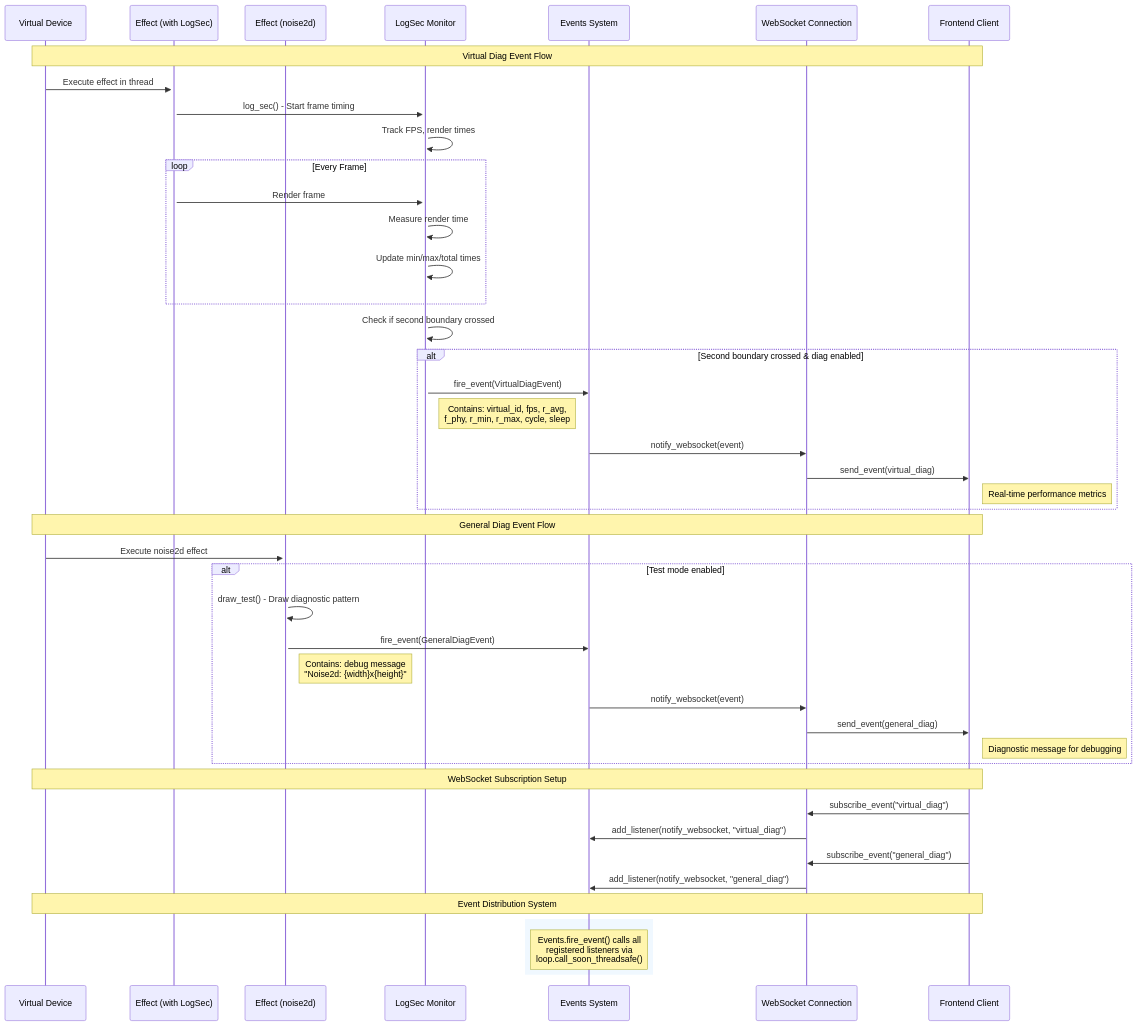
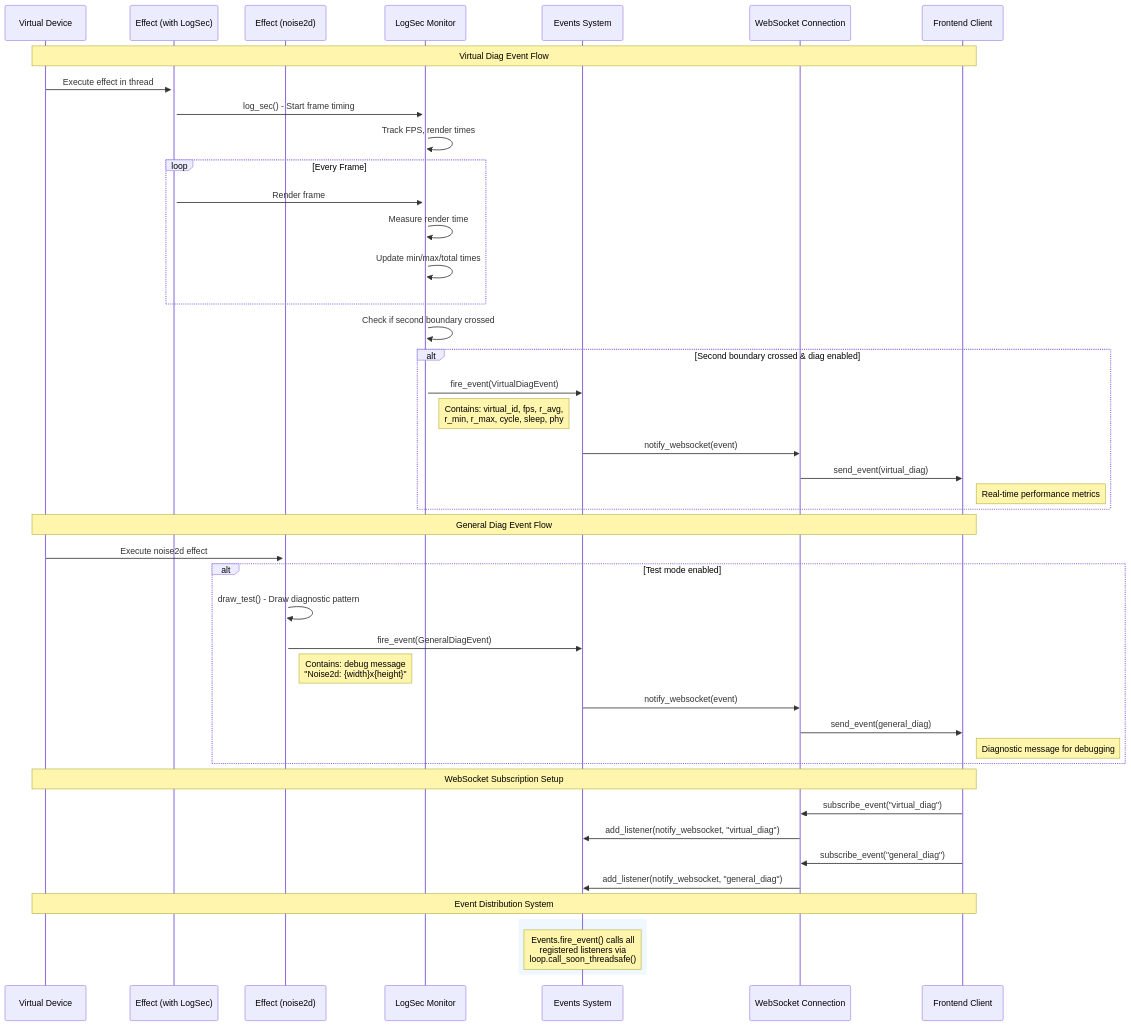
The second of 2 diagrams in docs/websocket.md (LedFx/LedFx), drawn with Mermaid before and after one commit. The commit also changed other lines of this file, not shown here.

````diff
--- a/docs/websocket.md
+++ b/docs/websocket.md
@@ -160,57 +160,57 @@
 ```{mermaid}
   sequenceDiagram
     participant V as Virtual Device
     participant E as Effect (with LogSec)
     participant E2 as Effect (noise2d)
     participant LS as LogSec Monitor
     participant ES as Events System
     participant WS as WebSocket Connection
     participant FE as Frontend Client
 
     Note over V,FE: Virtual Diag Event Flow
 
     V->>+E: Execute effect in thread
     E->>+LS: log_sec() - Start frame timing
     LS->>LS: Track FPS, render times
 
     loop Every Frame
         E->>LS: Render frame
         LS->>LS: Measure render time
         LS->>LS: Update min/max/total times
     end
 
     LS->>LS: Check if second boundary crossed
     alt Second boundary crossed & diag enabled
         LS->>ES: fire_event(VirtualDiagEvent)
-        Note right of LS: Contains: virtual_id, fps, r_avg, <br/>f_phy, r_min, r_max, cycle, sleep
+        Note right of LS: Contains: virtual_id, fps, r_avg, <br/>r_min, r_max, cycle, sleep, phy
         ES->>WS: notify_websocket(event)
         WS->>FE: send_event(virtual_diag)
         Note right of FE: Real-time performance metrics
     end
 
     Note over V,FE: General Diag Event Flow
 
     V->>+E2: Execute noise2d effect
     alt Test mode enabled
         E2->>E2: draw_test() - Draw diagnostic pattern
         E2->>ES: fire_event(GeneralDiagEvent)
         Note right of E2: Contains: debug message<br/>"Noise2d: {width}x{height}"
         ES->>WS: notify_websocket(event)
         WS->>FE: send_event(general_diag)
         Note right of FE: Diagnostic message for debugging
     end
 
     Note over V,FE: WebSocket Subscription Setup
 
     FE->>WS: subscribe_event("virtual_diag")
     WS->>ES: add_listener(notify_websocket, "virtual_diag")
 
     FE->>WS: subscribe_event("general_diag")
     WS->>ES: add_listener(notify_websocket, "general_diag")
 
     Note over V,FE: Event Distribution System
 
     rect rgb(240, 248, 255)
         Note over ES: Events.fire_event() calls all<br/>registered listeners via<br/>loop.call_soon_threadsafe()
     end
 ```
````
